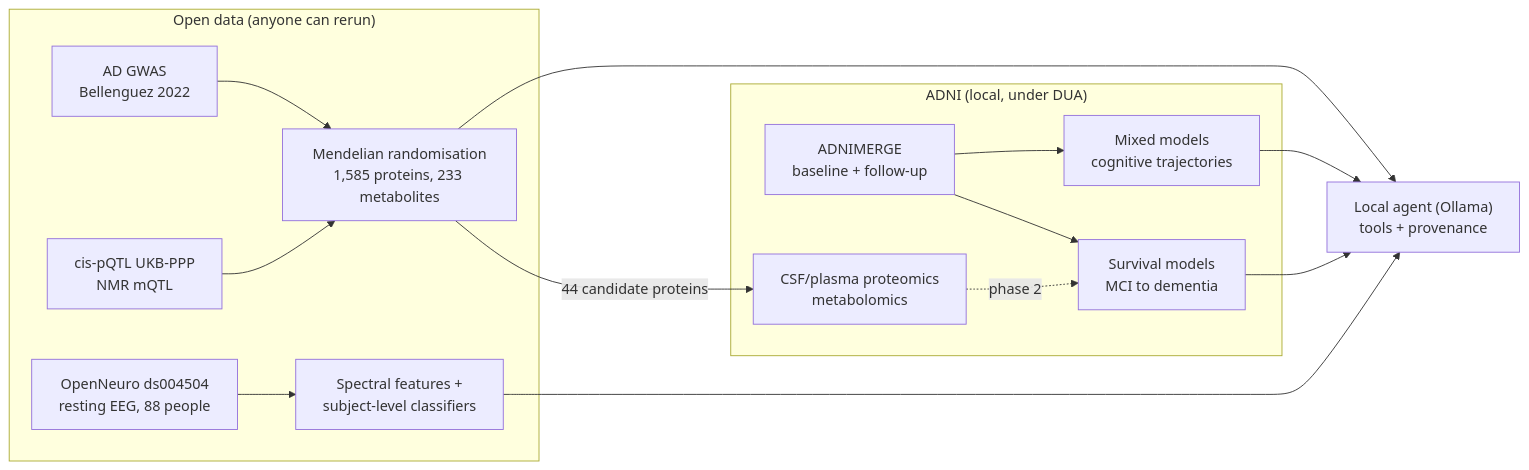
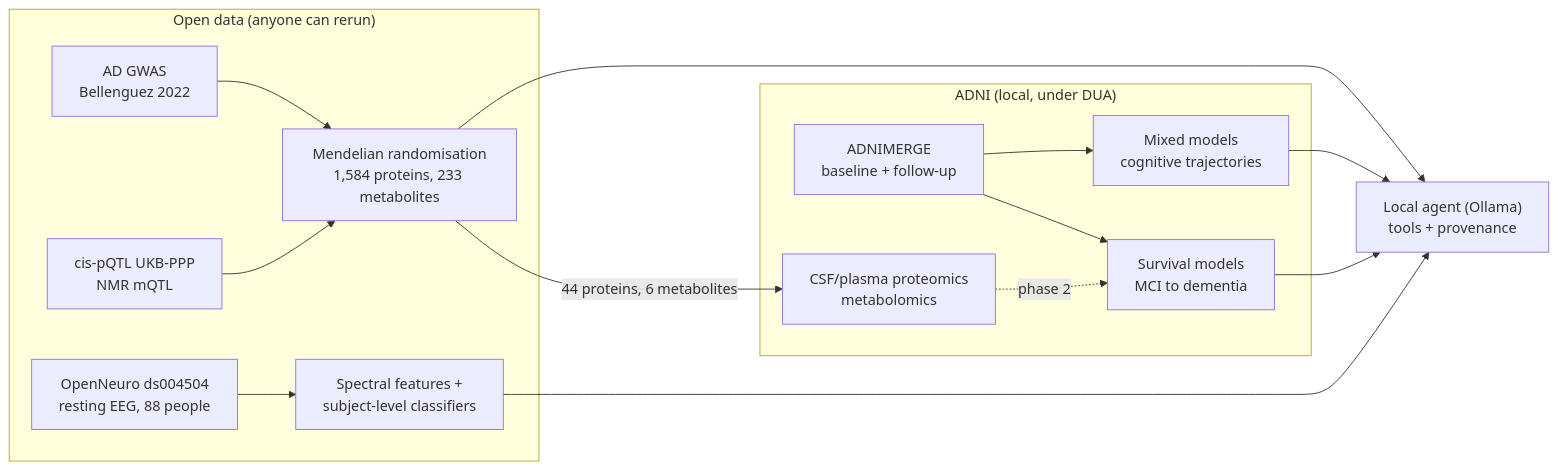
The diagram in README.md (mdegiulio97/dementia-multimodal-ml), drawn with Mermaid before and after one commit. The commit also changed other lines of this file and 10 other files, not shown here.

````diff
--- a/README.md
+++ b/README.md
@@ -27,19 +27,19 @@
 ```mermaid
 flowchart LR
     subgraph open["Open data (anyone can rerun)"]
-        GWAS["AD GWAS<br/>Bellenguez 2022"] --> MR["Mendelian randomisation<br/>1,585 proteins, 233 metabolites"]
+        GWAS["AD GWAS<br/>Bellenguez 2022"] --> MR["Mendelian randomisation<br/>1,584 proteins, 233 metabolites"]
         PQTL["cis-pQTL UKB-PPP<br/>NMR mQTL"] --> MR
         EEG["OpenNeuro ds004504<br/>resting EEG, 88 people"] --> EEGM["Spectral features +<br/>subject-level classifiers"]
     end
     subgraph adni["ADNI (local, under DUA)"]
         CLIN["ADNIMERGE<br/>baseline + follow-up"] --> SURV["Survival models<br/>MCI to dementia"]
         CLIN --> LMM["Mixed models<br/>cognitive trajectories"]
         OMICS["CSF/plasma proteomics<br/>metabolomics"]
     end
-    MR -- "44 candidate proteins" --> OMICS
+    MR -- "44 proteins, 6 metabolites" --> OMICS
     OMICS -. "phase 2" .-> SURV
     SURV --> AGENT["Local agent (Ollama)<br/>tools + provenance"]
     LMM --> AGENT
     MR --> AGENT
     EEGM --> AGENT
 ```
````
